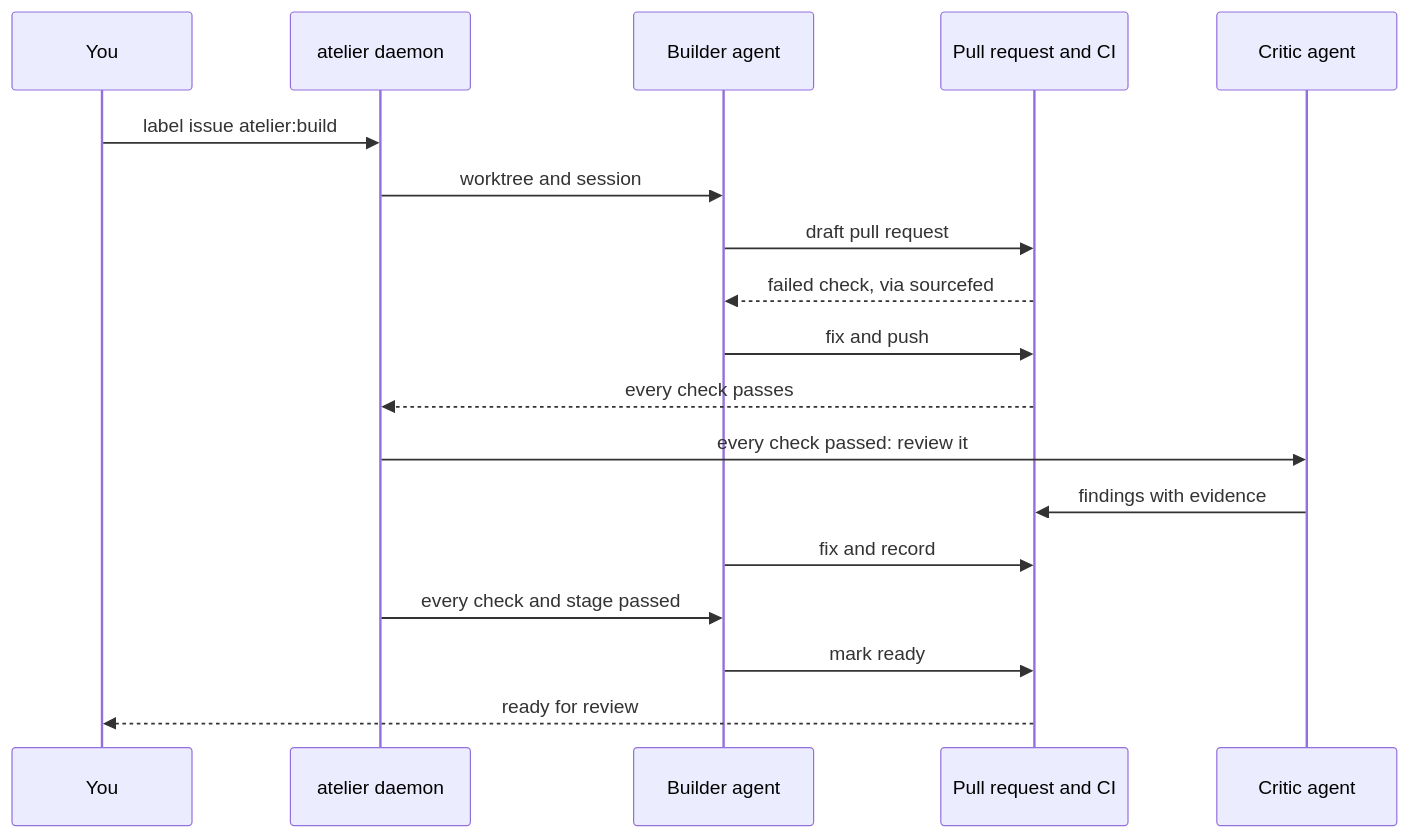
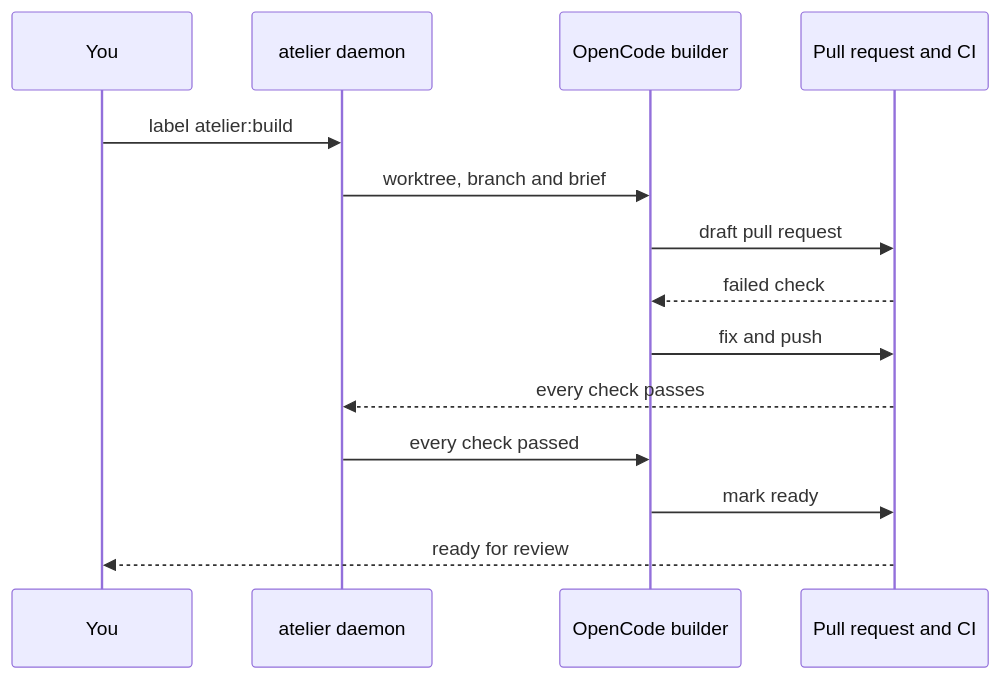
Before and after one commit to wrkhse/atelier: the diagram in README.md, drawn with Mermaid. The commit also changed other lines of this file and 7 other files, not shown here.

````diff
--- a/README.md
+++ b/README.md
@@ -27,20 +95,16 @@
 ```mermaid
 sequenceDiagram
     participant You
-    participant Atelier as atelier daemon
-    participant Builder as Builder agent
+    participant D as atelier daemon
+    participant B as OpenCode builder
     participant PR as Pull request and CI
-    participant Critic as Critic agent
-    You->>Atelier: label issue atelier:build
-    Atelier->>Builder: worktree and session
-    Builder->>PR: draft pull request
-    PR-->>Builder: failed check, via sourcefed
-    Builder->>PR: fix and push
-    PR-->>Atelier: every check passes
-    Atelier->>Critic: every check passed: review it
-    Critic->>PR: findings with evidence
-    Builder->>PR: fix and record
-    Atelier->>Builder: every check and stage passed
-    Builder->>PR: mark ready
+    You->>D: label atelier:build
+    D->>B: worktree, branch and brief
+    B->>PR: draft pull request
+    PR-->>B: failed check
+    B->>PR: fix and push
+    PR-->>D: every check passes
+    D->>B: every check passed
+    B->>PR: mark ready
     PR-->>You: ready for review
 ```
````
